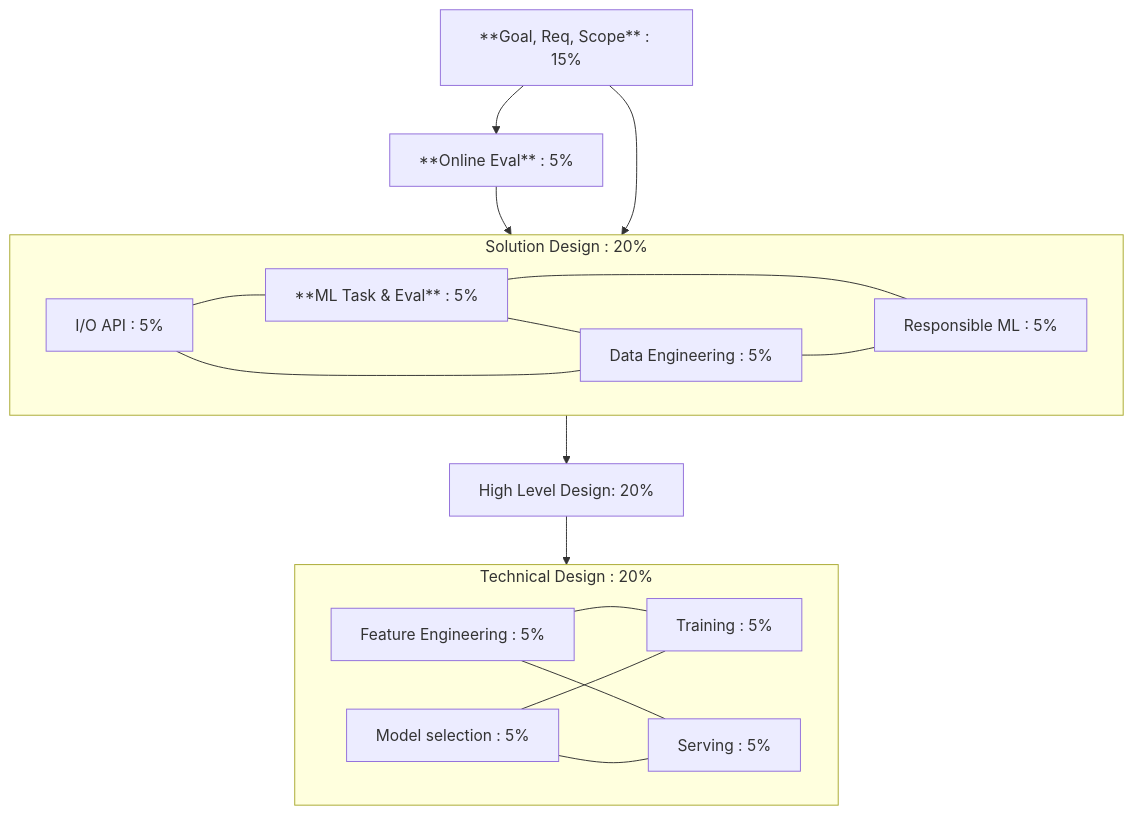
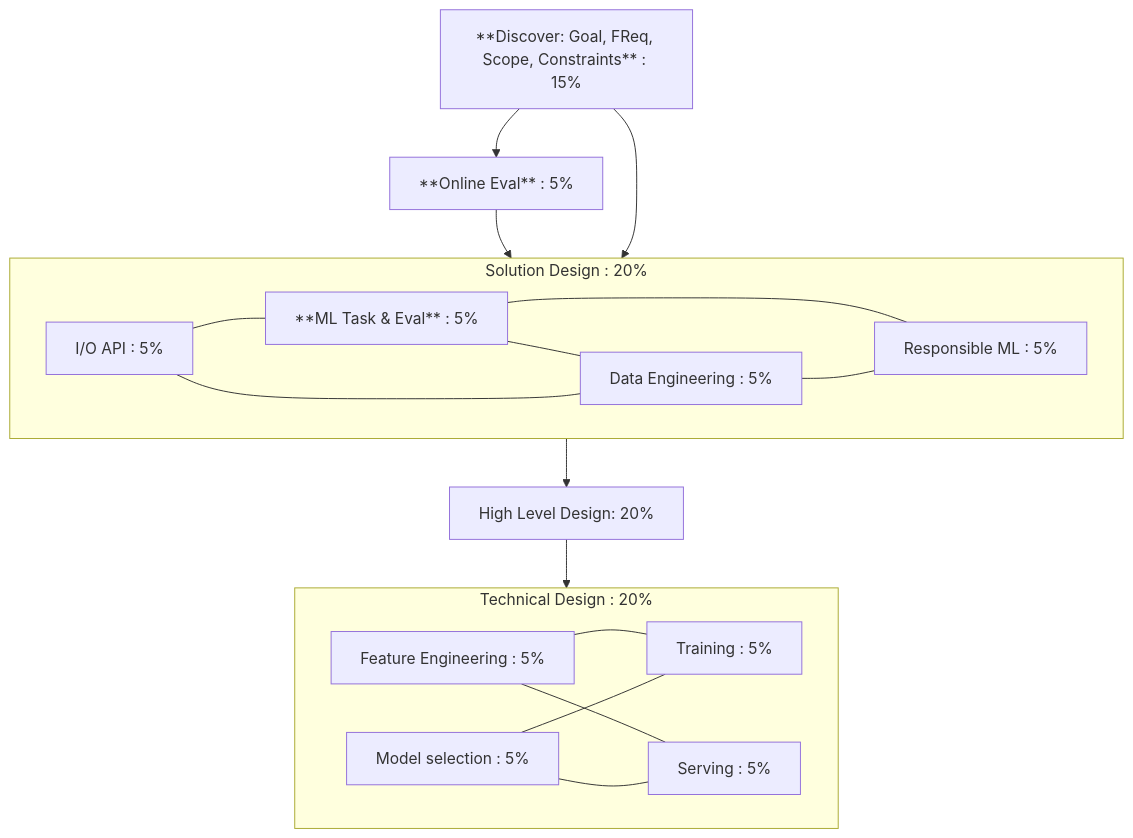
The first of 7 diagrams in ml_sys_design.md (ptbdnr/ptbdnr), drawn with Mermaid before and after one commit. The commit also changed other lines of this file, not shown here.

````diff
--- a/ml_sys_design.md
+++ b/ml_sys_design.md
@@ -20,32 +20,32 @@
 ```mermaid
 flowchart TD
-    discover[**Goal, Req, Scope** : 15%]
+    discover[**Discover: Goal, FReq, Scope, Constraints** : 15%]
     b_metrics[**Online Eval** : 5%]
     subgraph sol_des[Solution Design : 20%]
         api[I/O API : 5%]
         ml_task[**ML Task & Eval** : 5%]
         data[Data Engineering : 5%]
         sec_by_des[Responsible ML : 5%]
     end
     hld[High Level Design: 20%]
     subgraph tech_des[Technical Design : 20%]
         feat_eng[Feature Engineering : 5%]
         model[Model selection : 5%]
         train[Training : 5%]
         serve[Serving : 5%]
     end
 
     discover --> b_metrics
     b_metrics & discover --> sol_des
         ml_task --- data
         api --- ml_task
         api --- data
         ml_task --- sec_by_des
         data --- sec_by_des
     sol_des --> hld
     hld --> tech_des
         feat_eng --- train
         feat_eng --- serve
         model --- train
         model --- serve
 ```
````
